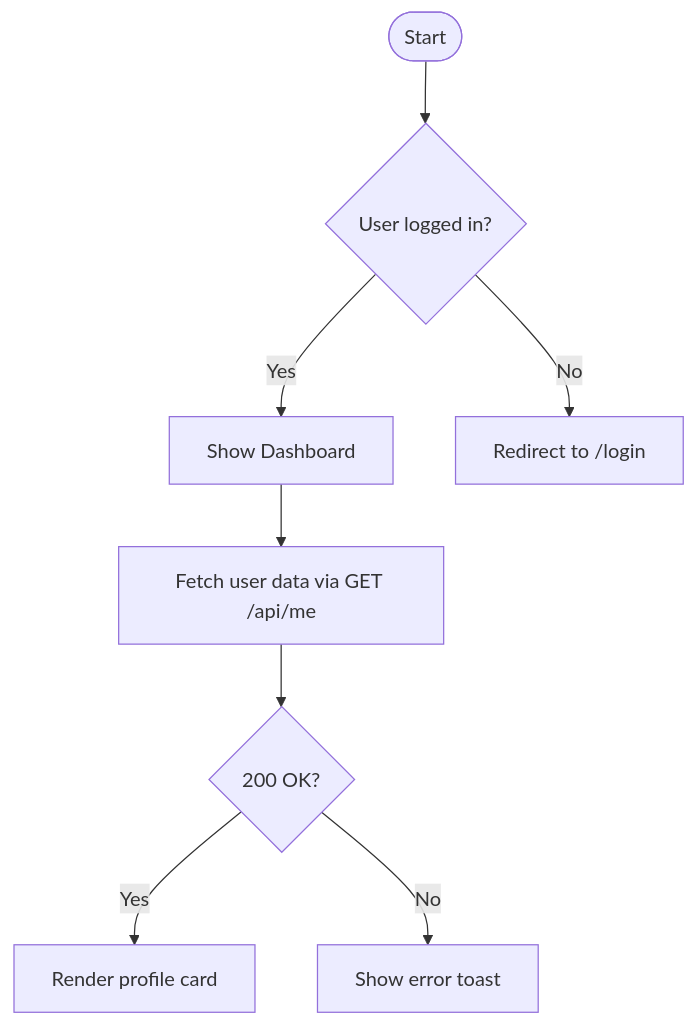
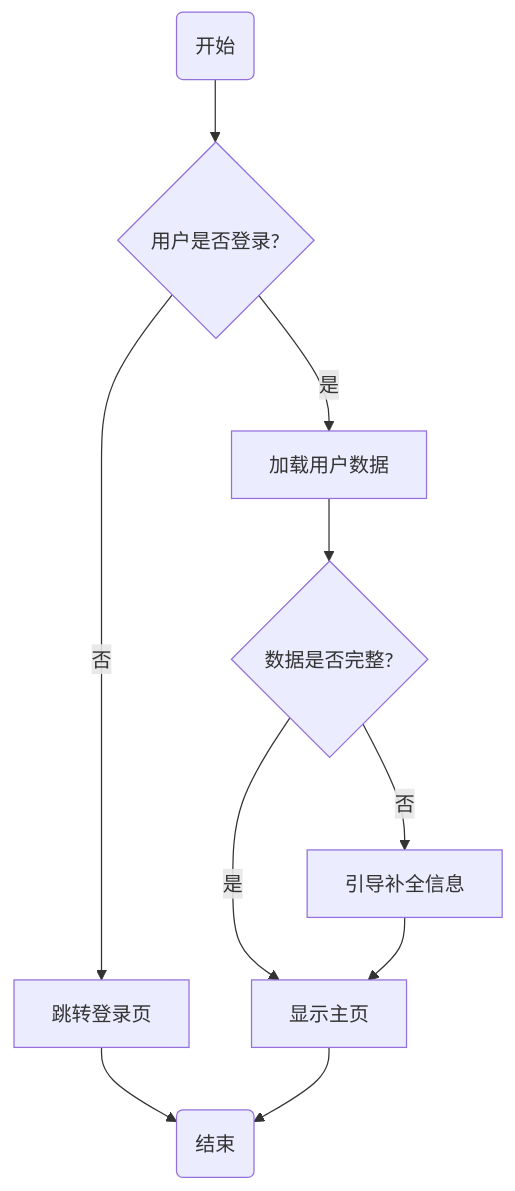
Before and after one commit to 2019-02-18/agent-skills: the diagram in README.md, drawn with Mermaid. The commit also changed other lines of this file and 1 other file, not shown here.

````diff
--- a/README.md
+++ b/README.md
@@ -97,10 +87,12 @@
 ```mermaid
 flowchart TD
-    A([Start]) --> B{User logged in?}
-    B -- Yes --> C[Show Dashboard]
-    B -- No  --> D[Redirect to /login]
-    C --> E[Fetch user data via GET /api/me]
-    E --> F{200 OK?}
-    F -- Yes --> G[Render profile card]
-    F -- No  --> H[Show error toast]
+    A(开始) --> B{用户是否登录?}
+    B -->|是| C[加载用户数据]
+    B -->|否| D[跳转登录页]
+    C --> E{数据是否完整?}
+    E -->|是| F[显示主页]
+    E -->|否| G[引导补全信息]
+    G --> F
+    D --> H(结束)
+    F --> H
 ```
````
